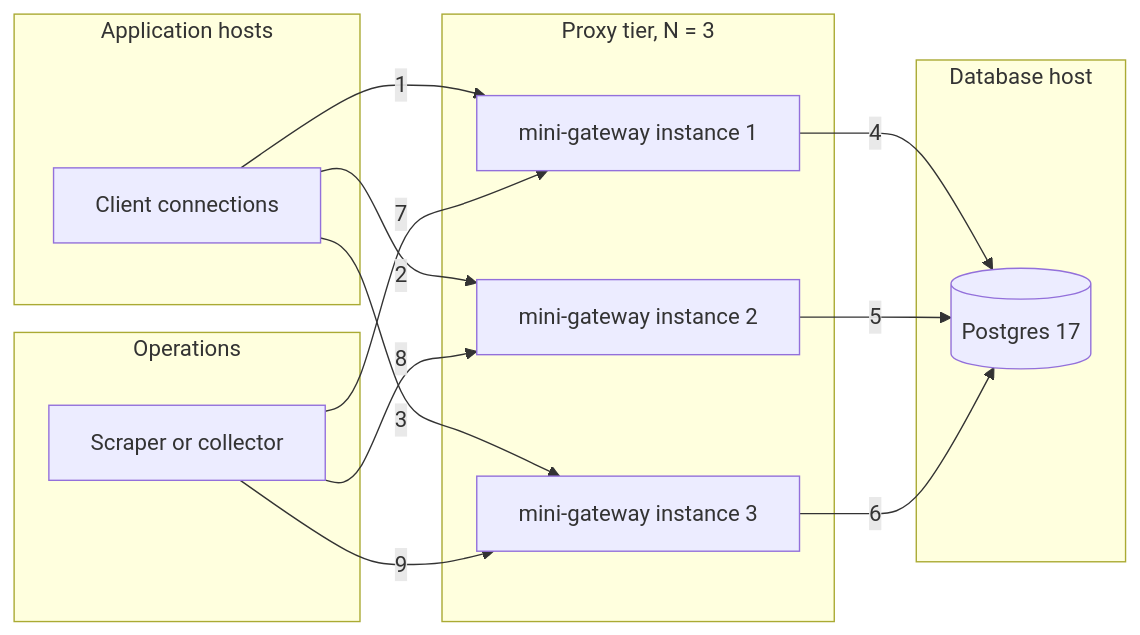
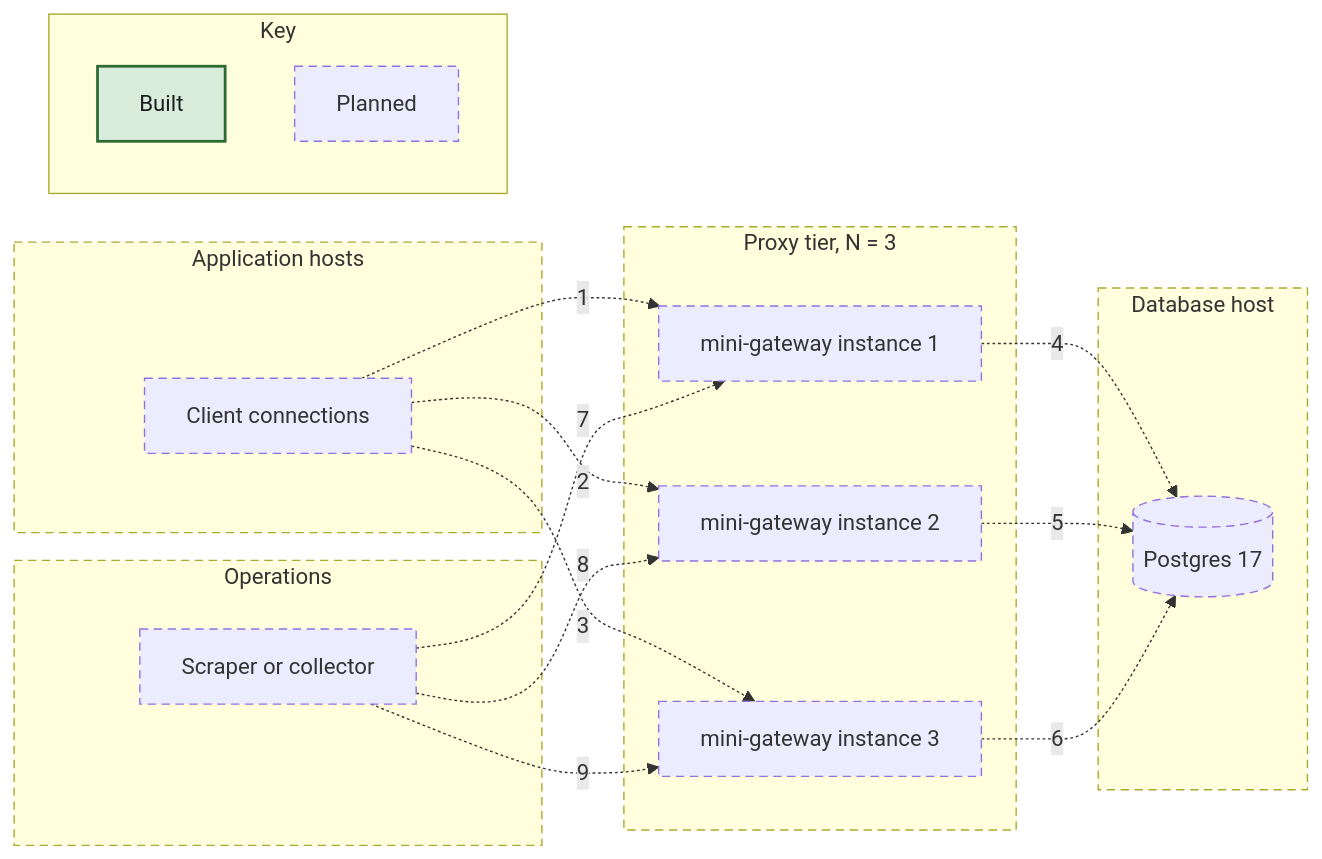
One commit to nickstrad/mini-gateway changed the diagram in docs/c4/diagrams/04-deployment-fleet.mmd. Above: the diagram before and after it, drawn with Mermaid. The commit also changed 28 other files, not shown here.

```diff
--- a/docs/c4/diagrams/04-deployment-fleet.mmd
+++ b/docs/c4/diagrams/04-deployment-fleet.mmd
@@ -1,24 +1,34 @@
 flowchart LR
   subgraph D_CLIENTS["Application hosts"]
-    I_SPREAD["Client connections"]
+    I_SPREAD["Client connections"]:::planned
   end
   subgraph D_TIER["Proxy tier, N = 3"]
-    I_GW1["mini-gateway instance 1"]
-    I_GW2["mini-gateway instance 2"]
-    I_GW3["mini-gateway instance 3"]
+    I_GW1["mini-gateway instance 1"]:::planned
+    I_GW2["mini-gateway instance 2"]:::planned
+    I_GW3["mini-gateway instance 3"]:::planned
   end
   subgraph D_DB["Database host"]
-    I_PG[("Postgres 17")]
+    I_PG[("Postgres 17")]:::planned
   end
   subgraph D_OPS["Operations"]
-    I_TEL["Scraper or collector"]
+    I_TEL["Scraper or collector"]:::planned
   end
-  I_SPREAD -->|1| I_GW1
-  I_SPREAD -->|2| I_GW2
-  I_SPREAD -->|3| I_GW3
-  I_GW1 -->|4| I_PG
-  I_GW2 -->|5| I_PG
-  I_GW3 -->|6| I_PG
-  I_TEL -->|7| I_GW1
-  I_TEL -->|8| I_GW2
-  I_TEL -->|9| I_GW3
+  I_SPREAD -.->|1| I_GW1
+  I_SPREAD -.->|2| I_GW2
+  I_SPREAD -.->|3| I_GW3
+  I_GW1 -.->|4| I_PG
+  I_GW2 -.->|5| I_PG
+  I_GW3 -.->|6| I_PG
+  I_TEL -.->|7| I_GW1
+  I_TEL -.->|8| I_GW2
+  I_TEL -.->|9| I_GW3
+  subgraph KEY["Key"]
+    KEY_BUILT["Built"]:::built
+    KEY_PLANNED["Planned"]:::planned
+  end
+  classDef built fill:#d9ecd9,stroke:#2e6b34,stroke-width:2px,color:#1c1e21
+  classDef planned stroke-width:1px,stroke-dasharray:6 4
+  style D_CLIENTS stroke-dasharray:6 4
+  style D_TIER stroke-dasharray:6 4
+  style D_DB stroke-dasharray:6 4
+  style D_OPS stroke-dasharray:6 4
```
